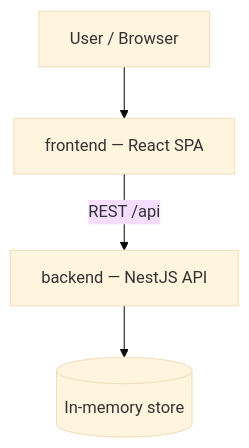
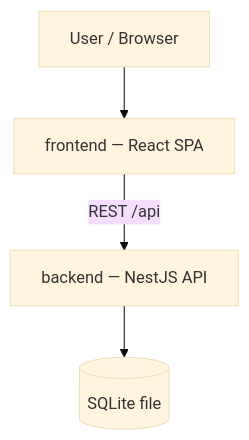
The diagram in docs/context/BLUEPRINT.md (kalexrt/todo_lane), drawn with Mermaid (base theme) before and after one commit. The commit also changed other lines of this file and 3 other files, not shown here.

````diff
--- a/docs/context/BLUEPRINT.md
+++ b/docs/context/BLUEPRINT.md
@@ -10,6 +10,6 @@
 ```mermaid
 graph TD
   user[User / Browser] --> frontend[frontend — React SPA]
   frontend -->|REST /api| backend[backend — NestJS API]
-  backend --> store[(In-memory store)]
+  backend --> db[(SQLite file)]
 ```
````
